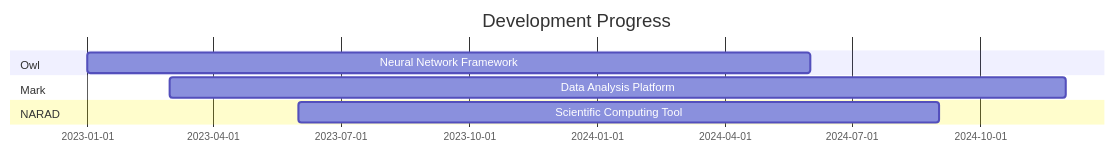
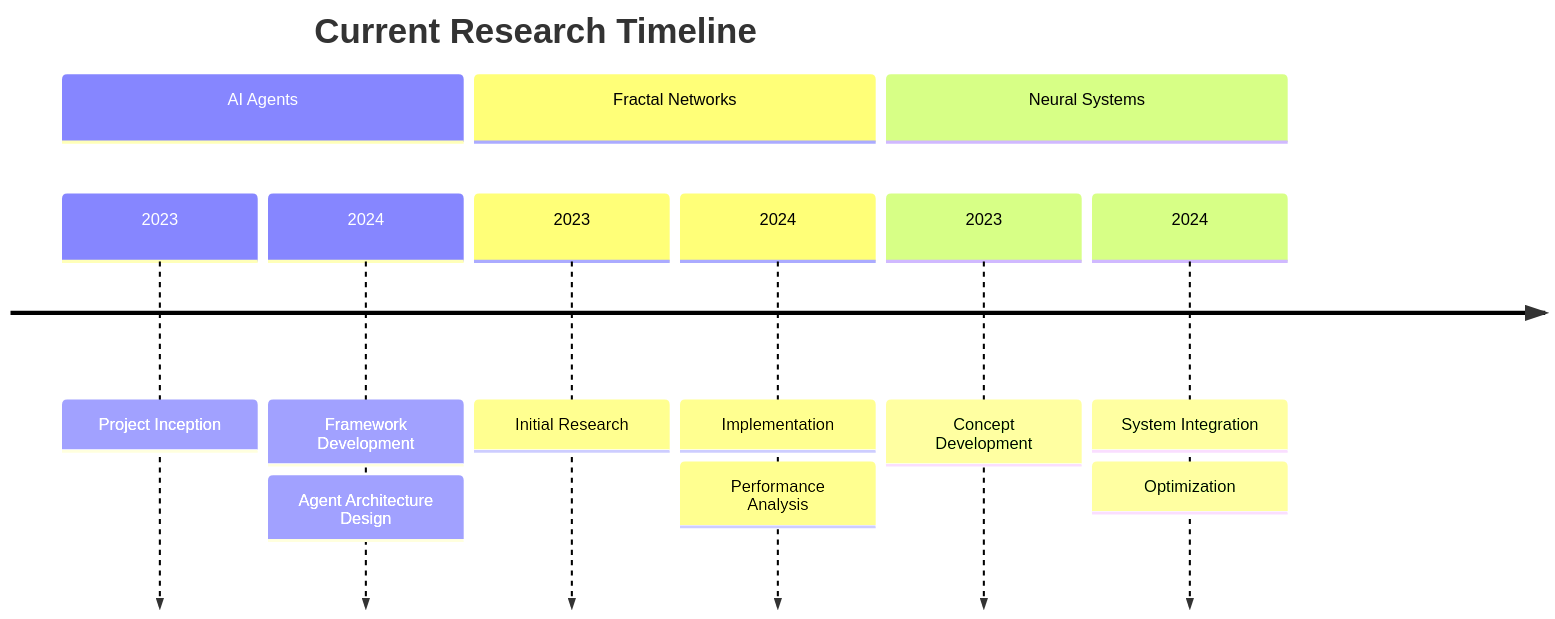
The fourth of 6 diagrams in README.md (sapienskid/sapienskid), drawn with Mermaid before and after one commit. The commit also changed other lines of this file, not shown here.

````diff
--- a/README.md
+++ b/README.md
@@ -156,11 +127,16 @@
 ```mermaid
-gantt
-    title Development Progress
-    dateFormat  YYYY-MM
-    section Owl
-    Neural Network Framework    :2023-01, 2024-06
-    section Mark
-    Data Analysis Platform     :2023-03, 2024-12
-    section NARAD
-    Scientific Computing Tool  :2023-06, 2024-09
+timeline
+    title Current Research Timeline
+    section AI Agents
+        2023 : Project Inception
+        2024 : Framework Development
+        : Agent Architecture Design
+    section Fractal Networks
+        2023 : Initial Research
+        2024 : Implementation
+        : Performance Analysis
+    section Neural Systems
+        2023 : Concept Development
+        2024 : System Integration
+        : Optimization
 ```
````
